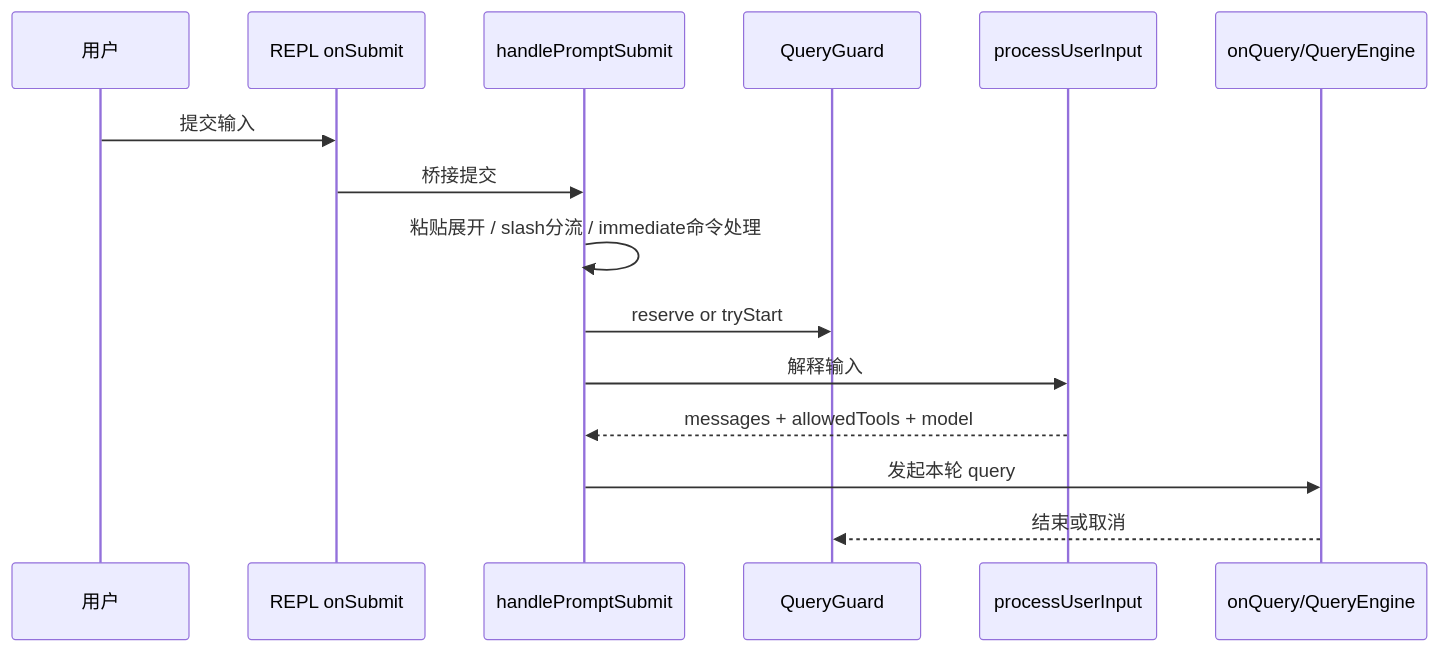
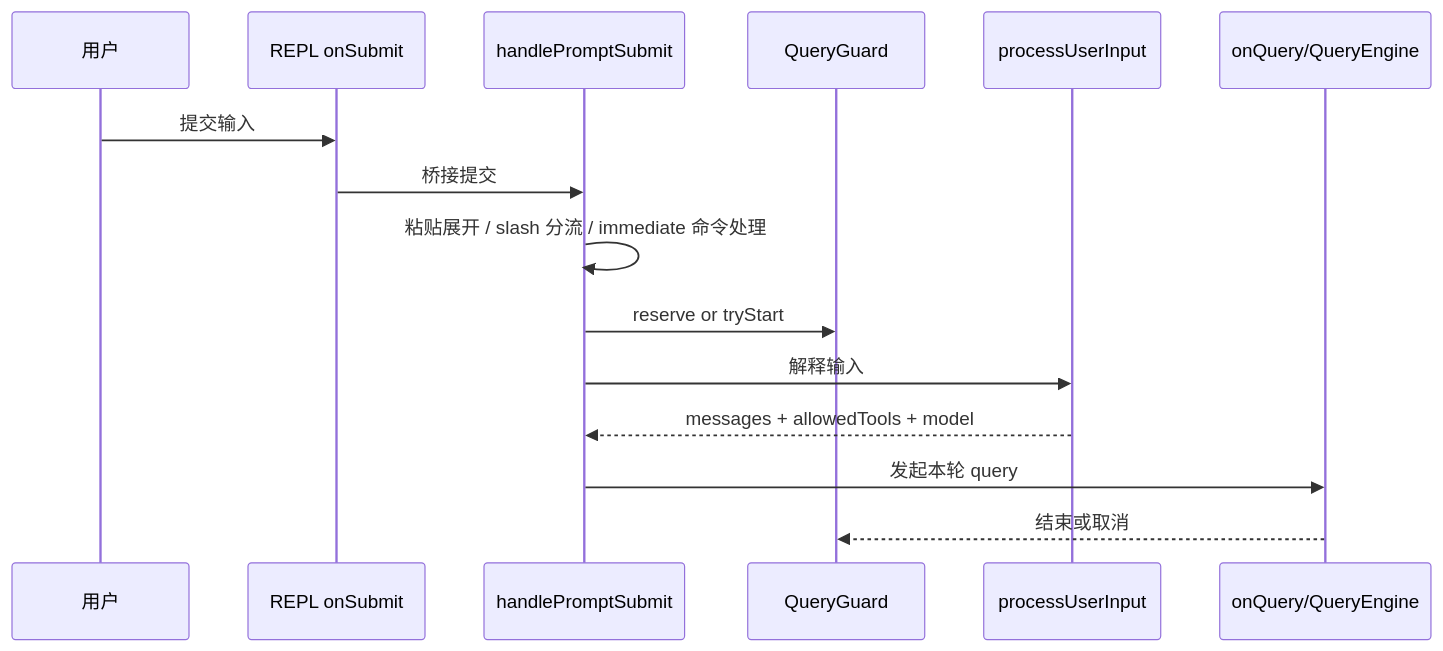
Before and after one commit to Wukung1010/claude_code_book: the second of 2 diagrams in book/10-REPL交互层与输入提交流程.md, drawn with Mermaid. The commit also changed other lines of this file and 23 other files, not shown here.

````diff
--- a/book/10-REPL交互层与输入提交流程.md
+++ b/book/10-REPL交互层与输入提交流程.md
@@ -311,18 +383,18 @@
 ```mermaid
 sequenceDiagram
         participant U as 用户
         participant R as REPL onSubmit
         participant H as handlePromptSubmit
         participant G as QueryGuard
         participant P as processUserInput
         participant Q as onQuery/QueryEngine
 
         U->>R: 提交输入
         R->>H: 桥接提交
-        H->>H: 粘贴展开 / slash分流 / immediate命令处理
+        H->>H: 粘贴展开 / slash 分流 / immediate 命令处理
         H->>G: reserve or tryStart
         H->>P: 解释输入
         P-->>H: messages + allowedTools + model
         H->>Q: 发起本轮 query
         Q-->>G: 结束或取消
 ```
````
